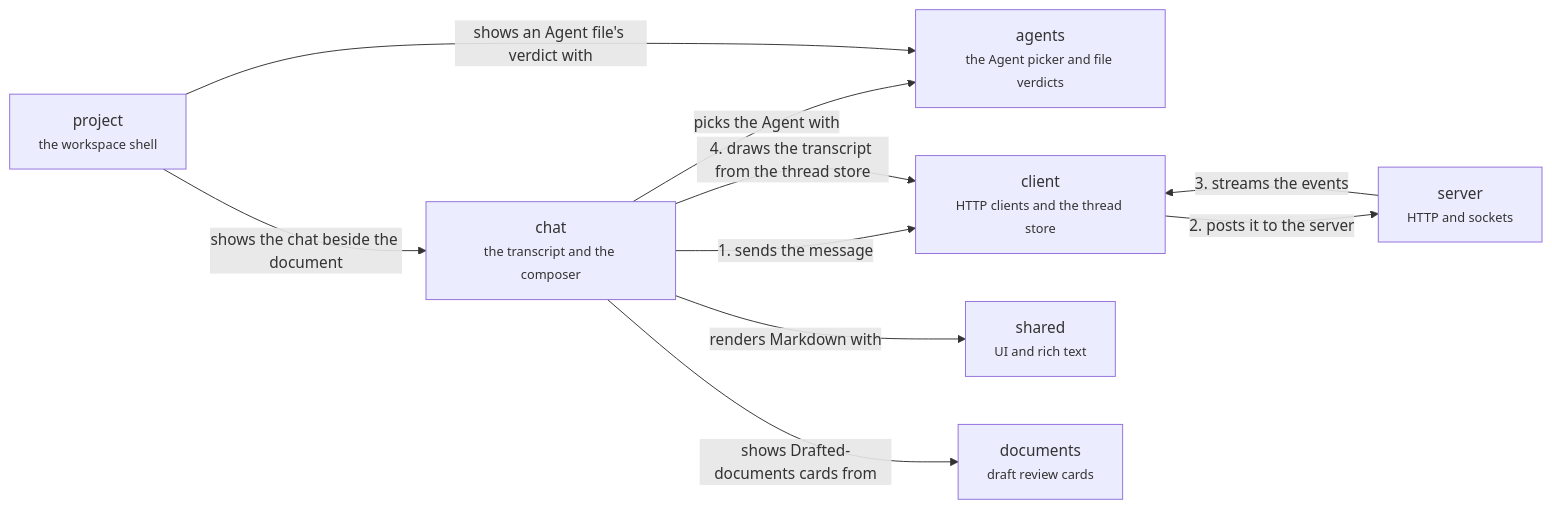
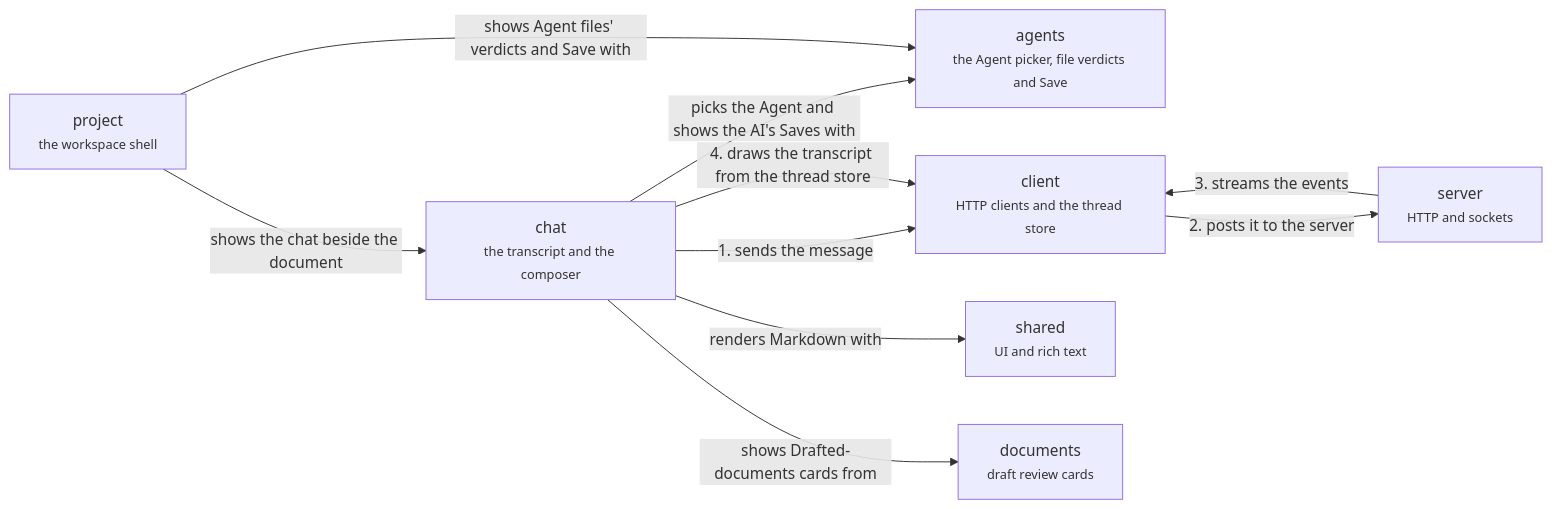
The diagram in .context/system-architecture/app-conversation.md (haowjy/meridian-flow), drawn with Mermaid before and after one commit. The commit also changed other lines of this file and 72 other files, not shown here.

Commit message:
Save for Agent packages: items with an error are left out, Undo restores files, no widening, save_agents opt-in; Save screens

````diff
--- a/.context/system-architecture/app-conversation.md
+++ b/.context/system-architecture/app-conversation.md
@@ -5,19 +5,19 @@
 ```mermaid
 flowchart LR
   chat["chat<br/><small>the transcript and the composer</small>"]:::feature
-  agents["agents<br/><small>the Agent picker and file verdicts</small>"]:::feature
+  agents["agents<br/><small>the Agent picker, file verdicts and Save</small>"]:::feature
   project["project<br/><small>the workspace shell</small>"]:::context
   client["client<br/><small>HTTP clients and the thread store</small>"]:::context
   shared["shared<br/><small>UI and rich text</small>"]:::context
   documents["documents<br/><small>draft review cards</small>"]:::context
   server["server<br/><small>HTTP and sockets</small>"]:::context
   chat -->|"1. sends the message"| client
   client -->|"2. posts it to the server"| server
   server -->|"3. streams the events"| client
   chat -->|"4. draws the transcript from the thread store"| client
-  chat -->|"picks the Agent with"| agents
+  chat -->|"picks the Agent and shows the AI's Saves with"| agents
   project -->|"shows the chat beside the document"| chat
-  project -->|"shows an Agent file's verdict with"| agents
+  project -->|"shows Agent files' verdicts and Save with"| agents
   chat -->|"renders Markdown with"| shared
   chat -->|"shows Drafted-documents cards from"| documents
 ```
````
